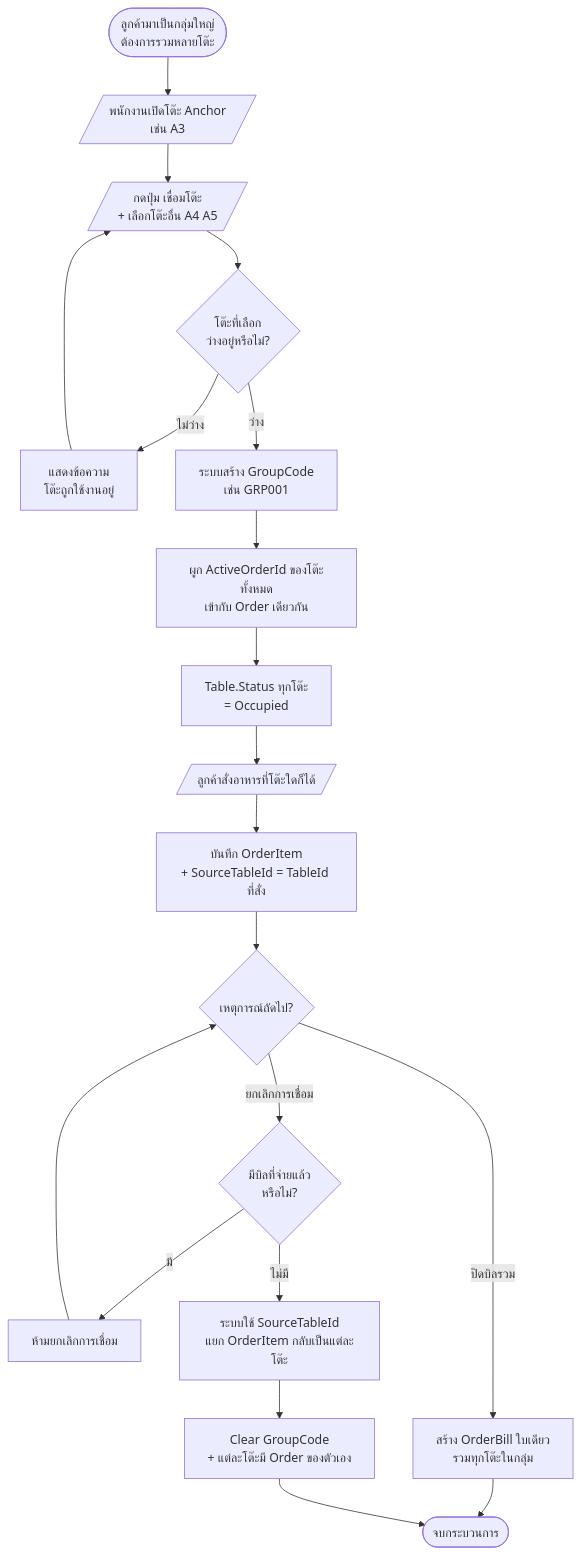
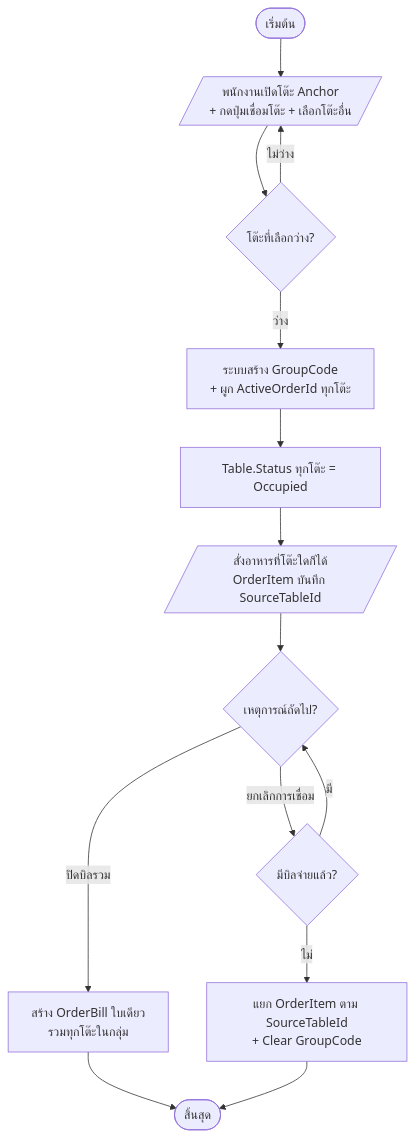
One commit to TurkPhakim/RBMS-POS-Website changed diagram 17 of 28 in doc/report/05-chapter-3-design.md. Above: the diagram before and after it, drawn with Mermaid. The commit also changed other lines of this file and 7 other files, not shown here.

````diff
--- a/doc/report/05-chapter-3-design.md
+++ b/doc/report/05-chapter-3-design.md
@@ -704,22 +654,16 @@
 ```mermaid
 flowchart TD
-    A([ลูกค้ามาเป็นกลุ่มใหญ่<br/>ต้องการรวมหลายโต๊ะ]) --> B[/พนักงานเปิดโต๊ะ Anchor<br/>เช่น A3/]
-    B --> C[/กดปุ่ม เชื่อมโต๊ะ<br/>+ เลือกโต๊ะอื่น A4 A5/]
-    C --> D{โต๊ะที่เลือก<br/>ว่างอยู่หรือไม่?}
-    D -- ไม่ว่าง --> E[แสดงข้อความ<br/>โต๊ะถูกใช้งานอยู่]
-    E --> C
-    D -- ว่าง --> F[ระบบสร้าง GroupCode<br/>เช่น GRP001]
-    F --> G[ผูก ActiveOrderId ของโต๊ะทั้งหมด<br/>เข้ากับ Order เดียวกัน]
-    G --> H[Table.Status ทุกโต๊ะ<br/>= Occupied]
-    H --> I[/ลูกค้าสั่งอาหารที่โต๊ะใดก็ได้/]
-    I --> J[บันทึก OrderItem<br/>+ SourceTableId = TableId ที่สั่ง]
-    J --> K{เหตุการณ์ถัดไป?}
-    K -- ปิดบิลรวม --> L[สร้าง OrderBill ใบเดียว<br/>รวมทุกโต๊ะในกลุ่ม]
-    K -- ยกเลิกการเชื่อม --> M{มีบิลที่จ่ายแล้ว<br/>หรือไม่?}
-    M -- มี --> N[ห้ามยกเลิกการเชื่อม]
-    N --> K
-    M -- ไม่มี --> O[ระบบใช้ SourceTableId<br/>แยก OrderItem กลับเป็นแต่ละโต๊ะ]
-    O --> P[Clear GroupCode<br/>+ แต่ละโต๊ะมี Order ของตัวเอง]
-    L --> Q([จบกระบวนการ])
-    P --> Q
+    Start([เริ่มต้น]) --> A[/พนักงานเปิดโต๊ะ Anchor<br/>+ กดปุ่มเชื่อมโต๊ะ + เลือกโต๊ะอื่น/]
+    A --> B{โต๊ะที่เลือกว่าง?}
+    B -- ไม่ว่าง --> A
+    B -- ว่าง --> C[ระบบสร้าง GroupCode<br/>+ ผูก ActiveOrderId ทุกโต๊ะ]
+    C --> D[Table.Status ทุกโต๊ะ = Occupied]
+    D --> E[/สั่งอาหารที่โต๊ะใดก็ได้<br/>OrderItem บันทึก SourceTableId/]
+    E --> F{เหตุการณ์ถัดไป?}
+    F -- ปิดบิลรวม --> G[สร้าง OrderBill ใบเดียว<br/>รวมทุกโต๊ะในกลุ่ม]
+    F -- ยกเลิกการเชื่อม --> H{มีบิลจ่ายแล้ว?}
+    H -- มี --> F
+    H -- ไม่ --> I[แยก OrderItem ตาม SourceTableId<br/>+ Clear GroupCode]
+    G --> End([สิ้นสุด])
+    I --> End
 ```
````
